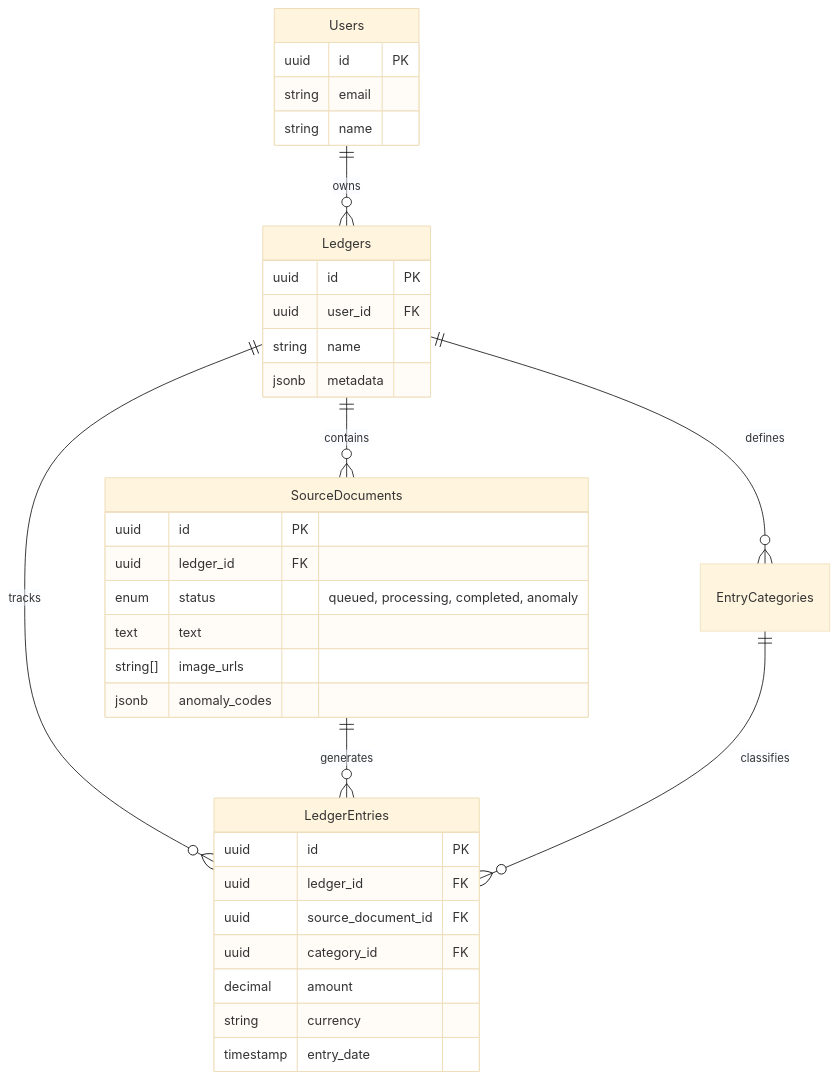
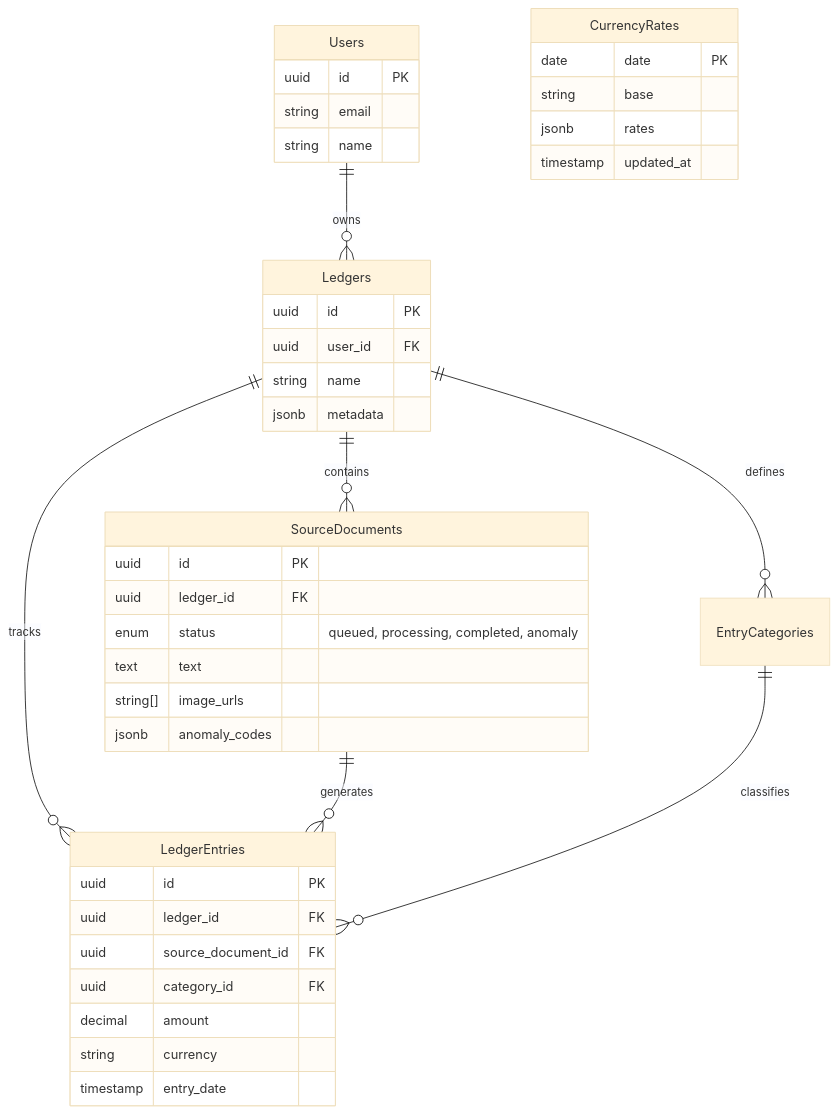
Before and after one commit to Xiangyu-Labs/Cashier: the diagram in docs/database_schema.md, drawn with Mermaid (base theme). The commit also changed other lines of this file and 3 other files, not shown here.

Commit message:
feat: Implement accurate, date-specific currency conversion for ledger statistics and add integration tests.

````diff
--- a/docs/database_schema.md
+++ b/docs/database_schema.md
@@ -7,41 +7,48 @@
 ```mermaid
 erDiagram
     Users ||--o{ Ledgers : owns
     Ledgers ||--o{ SourceDocuments : contains
     Ledgers ||--o{ LedgerEntries : tracks
     Ledgers ||--o{ EntryCategories : defines
     SourceDocuments ||--o{ LedgerEntries : generates
     EntryCategories ||--o{ LedgerEntries : classifies
 
     Users {
         uuid id PK
         string email
         string name
     }
 
     Ledgers {
         uuid id PK
         uuid user_id FK
         string name
         jsonb metadata
     }
 
     SourceDocuments {
         uuid id PK
         uuid ledger_id FK
         enum status "queued, processing, completed, anomaly"
         text text
         string[] image_urls
         jsonb anomaly_codes
     }
 
     LedgerEntries {
         uuid id PK
         uuid ledger_id FK
         uuid source_document_id FK
         uuid category_id FK
         decimal amount
         string currency
         timestamp entry_date
     }
+
+    CurrencyRates {
+        date date PK
+        string base
+        jsonb rates
+        timestamp updated_at
+    }
 ```
````
